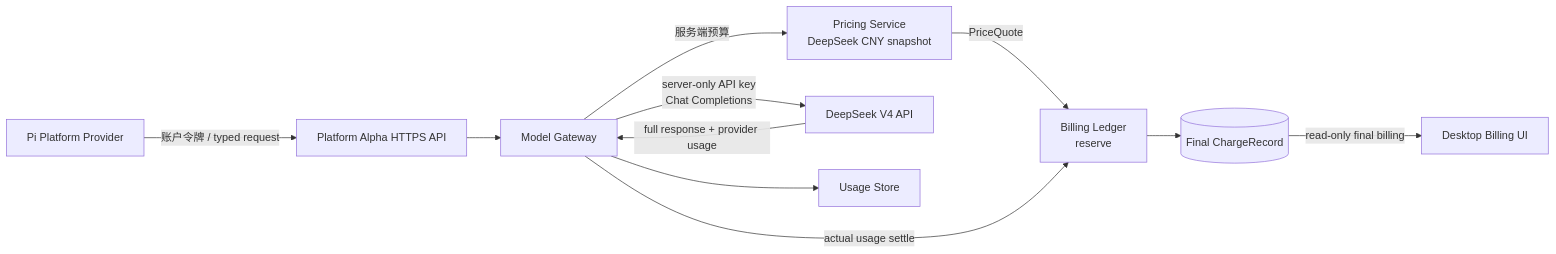
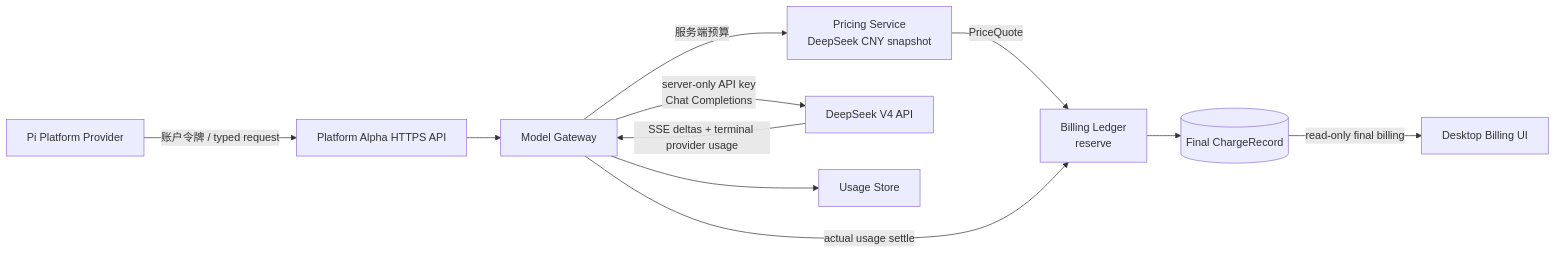
One commit to openerserver/openerx changed the eighth of 12 diagrams in docs/v2/14-overall-architecture.md. Above: the diagram before and after it, drawn with Mermaid. The commit also changed other lines of this file and 26 other files, not shown here.

````diff
--- a/docs/v2/14-overall-architecture.md
+++ b/docs/v2/14-overall-architecture.md
@@ -345,13 +346,13 @@
 ```mermaid
 flowchart LR
   PI[Pi Platform Provider] -->|账户令牌 / typed request| HTTP[Platform Alpha HTTPS API]
   HTTP --> GW[Model Gateway]
   GW -->|服务端预算| PRICE[Pricing Service<br/>DeepSeek CNY snapshot]
   PRICE -->|PriceQuote| LEDGER[Billing Ledger<br/>reserve]
   GW -->|server-only API key<br/>Chat Completions| DS[DeepSeek V4 API]
-  DS -->|full response + provider usage| GW
+  DS -->|SSE deltas + terminal provider usage| GW
   GW --> USAGE[Usage Store]
   GW -->|actual usage settle| LEDGER
   LEDGER --> CHARGE[(Final ChargeRecord)]
   CHARGE -->|read-only final billing| UI[Desktop Billing UI]
 ```
````
